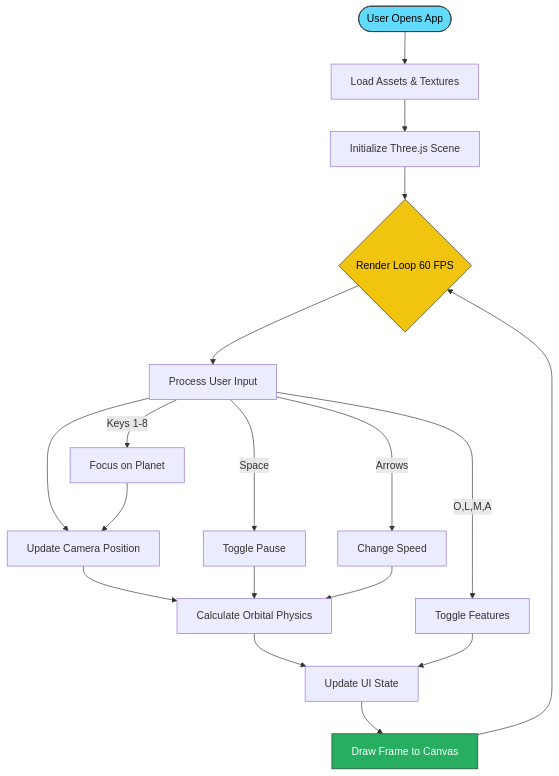
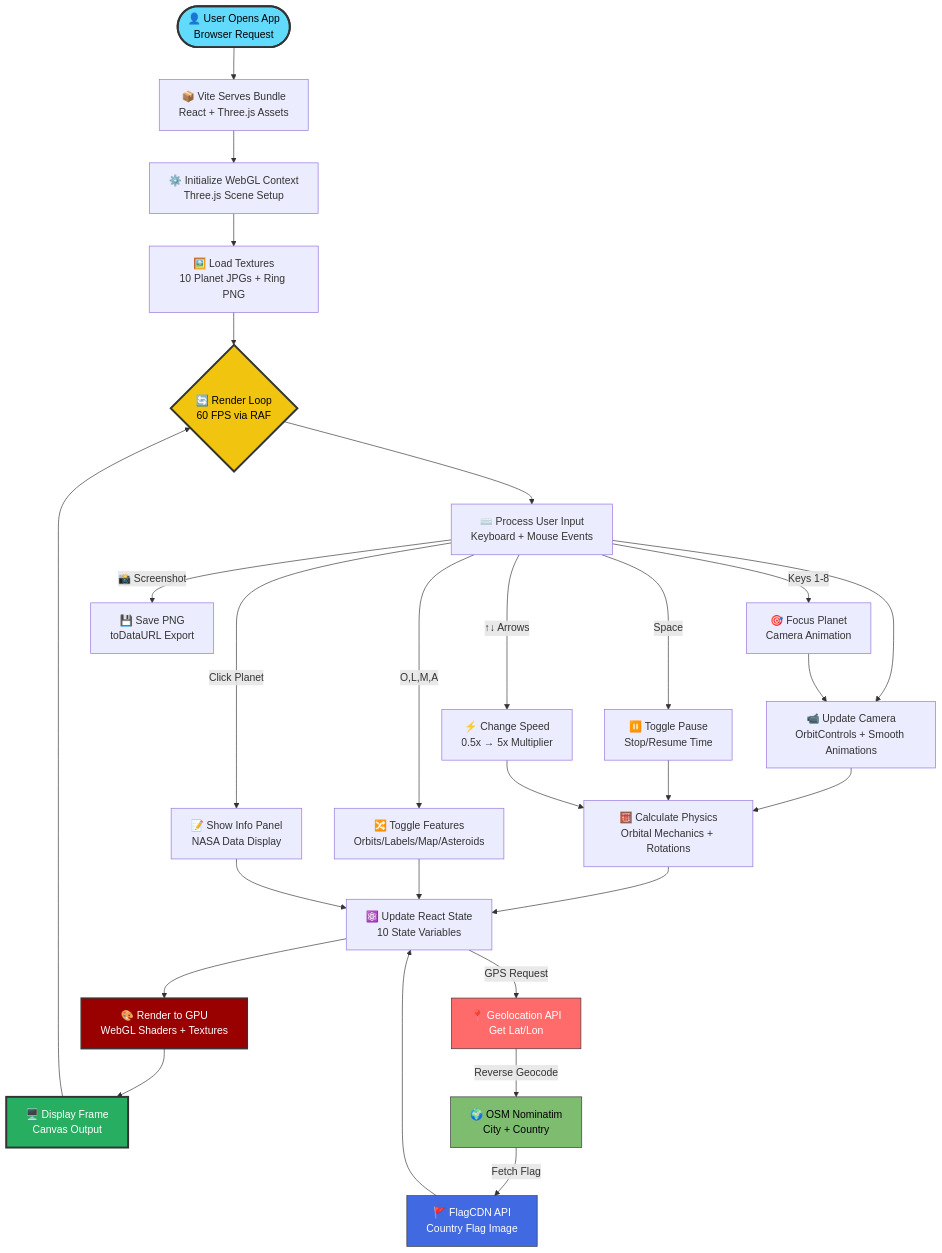
Before and after one commit to MbuyeloMich/auraspace: the first of 2 diagrams in README.md, drawn with Mermaid. The commit also changed other lines of this file, not shown here.

Commit message:
docs: add comprehensive data flow architecture with real tech icons and detailed descriptions

````diff
--- a/README.md
+++ b/README.md
@@ -113,27 +274,41 @@
 ```mermaid
 flowchart TB
-    Start([User Opens App]) --> Load[Load Assets & Textures]
-    Load --> Init[Initialize Three.js Scene]
-    Init --> Render{Render Loop 60 FPS}
+    Start([👤 User Opens App<br/>Browser Request]) --> Load[📦 Vite Serves Bundle<br/>React + Three.js Assets]
+    Load --> Init[⚙️ Initialize WebGL Context<br/>Three.js Scene Setup]
+    Init --> Assets[🖼️ Load Textures<br/>10 Planet JPGs + Ring PNG]
+    Assets --> Render{🔄 Render Loop<br/>60 FPS via RAF}
     
-    Render --> Input[Process User Input]
-    Input --> Camera[Update Camera Position]
-    Camera --> Physics[Calculate Orbital Physics]
-    Physics --> UI[Update UI State]
-    UI --> Draw[Draw Frame to Canvas]
+    Render --> Input[⌨️ Process User Input<br/>Keyboard + Mouse Events]
+    Input --> Camera[📹 Update Camera<br/>OrbitControls + Smooth Animations]
+    Camera --> Physics[🧮 Calculate Physics<br/>Orbital Mechanics + Rotations]
+    Physics --> UI[⚛️ Update React State<br/>10 State Variables]
+    UI --> GPU[🎨 Render to GPU<br/>WebGL Shaders + Textures]
+    GPU --> Draw[🖥️ Display Frame<br/>Canvas Output]
     Draw --> Render
     
-    Input --> |Keys 1-8| Focus[Focus on Planet]
-    Input --> |Space| Pause[Toggle Pause]
-    Input --> |Arrows| Speed[Change Speed]
-    Input --> |O,L,M,A| Toggle[Toggle Features]
+    Input --> |Keys 1-8| Focus[🎯 Focus Planet<br/>Camera Animation]
+    Input --> |Space| Pause[⏸️ Toggle Pause<br/>Stop/Resume Time]
+    Input --> |↑↓ Arrows| Speed[⚡ Change Speed<br/>0.5x → 5x Multiplier]
+    Input --> |O,L,M,A| Toggle[🔀 Toggle Features<br/>Orbits/Labels/Map/Asteroids]
+    Input --> |Click Planet| Select[📝 Show Info Panel<br/>NASA Data Display]
+    Input --> |📸 Screenshot| Capture[💾 Save PNG<br/>toDataURL Export]
     
     Focus --> Camera
     Pause --> Physics
     Speed --> Physics
     Toggle --> UI
+    Select --> UI
     
-    style Start fill:#61dafb,stroke:#333,color:#000
-    style Render fill:#f1c40f,stroke:#333,color:#000
-    style Draw fill:#27ae60,stroke:#333,color:#fff
+    UI --> |GPS Request| Location[📍 Geolocation API<br/>Get Lat/Lon]
+    Location --> |Reverse Geocode| Nominatim[🌍 OSM Nominatim<br/>City + Country]
+    Nominatim --> |Fetch Flag| FlagCDN[🚩 FlagCDN API<br/>Country Flag Image]
+    FlagCDN --> UI
+    
+    style Start fill:#61dafb,stroke:#333,color:#000,stroke-width:3px
+    style Render fill:#f1c40f,stroke:#333,color:#000,stroke-width:3px
+    style GPU fill:#990000,stroke:#333,color:#fff,stroke-width:2px
+    style Draw fill:#27ae60,stroke:#333,color:#fff,stroke-width:3px
+    style Location fill:#FF6B6B,stroke:#333,color:#fff
+    style Nominatim fill:#7EBC6F,stroke:#333,color:#000
+    style FlagCDN fill:#4169E1,stroke:#333,color:#fff
 ```
````
